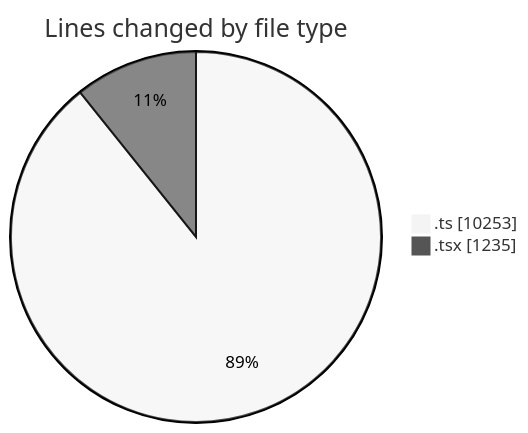
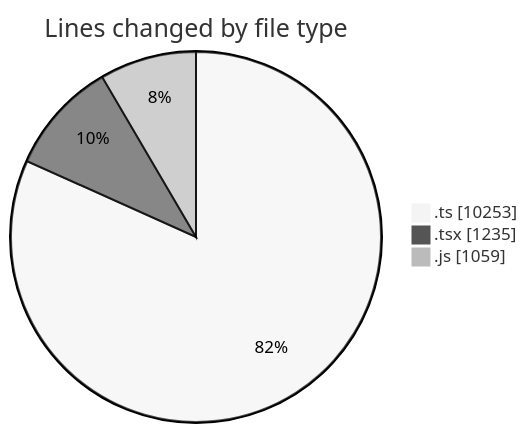
Before and after one commit to momahboobian/code-tracking: the first of 2 diagrams in 2025-06-23/cda/README.md, drawn with Mermaid (neutral theme). The commit also changed other lines of this file and 1 other file, not shown here.

````diff
--- a/2025-06-23/cda/README.md
+++ b/2025-06-23/cda/README.md
@@ -27,6 +29,7 @@
 ```mermaid
 pie showData
 title Lines changed by file type
 ".ts" : 10253
 ".tsx" : 1235
+".js" : 1059
 ```
````
